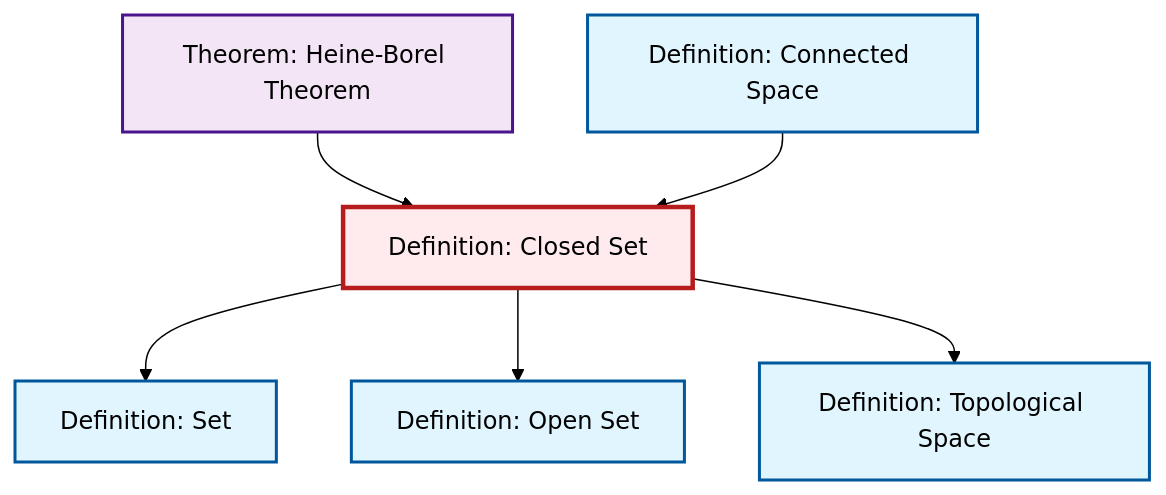
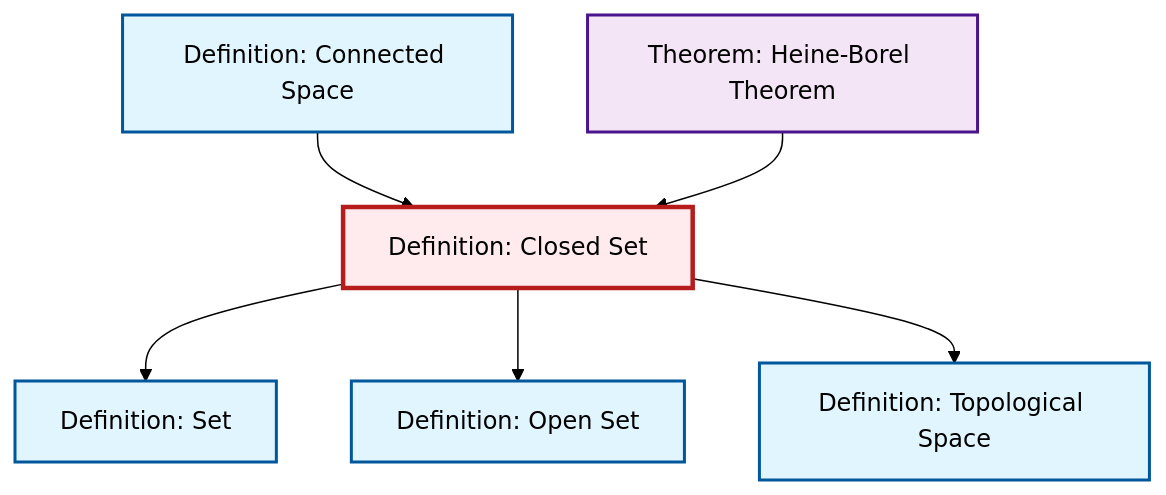
The diagram in content/ja/topology/def-closed-set.qmd (RK0429/ModernMath), drawn with Mermaid (forest theme) before and after one commit. The commit also changed other lines of this file and 530 other files, not shown here.

````diff
--- a/content/ja/topology/def-closed-set.qmd
+++ b/content/ja/topology/def-closed-set.qmd
@@ -45,26 +45,26 @@
 ```{mermaid}
 %%| fig-cap: "Local dependency graph"
 graph TD
     classDef definition fill:#e1f5fe,stroke:#01579b,stroke-width:2px
     classDef theorem fill:#f3e5f5,stroke:#4a148c,stroke-width:2px
     classDef axiom fill:#fff3e0,stroke:#e65100,stroke-width:2px
     classDef example fill:#e8f5e9,stroke:#1b5e20,stroke-width:2px
     classDef current fill:#ffebee,stroke:#b71c1c,stroke-width:3px
+    def-set["Definition: Set"]:::definition
+    def-topological-space["Definition: Topological Space"]:::definition
     def-open-set["Definition: Open Set"]:::definition
-    def-set["Definition: Set"]:::definition
-    thm-heine-borel["Theorem: Heine-Borel Theorem"]:::theorem
     def-closed-set["Definition: Closed Set"]:::definition
     def-connected["Definition: Connected Space"]:::definition
-    def-topological-space["Definition: Topological Space"]:::definition
+    thm-heine-borel["Theorem: Heine-Borel Theorem"]:::theorem
+    def-closed-set --> def-set
+    def-closed-set --> def-open-set
+    def-connected --> def-closed-set
     thm-heine-borel --> def-closed-set
-    def-closed-set --> def-set
-    def-connected --> def-closed-set
-    def-closed-set --> def-open-set
     def-closed-set --> def-topological-space
     class def-closed-set current
+    click def-set "def-set.html" "Definition: Setへ"
+    click def-topological-space "def-topological-space.html" "Definition: Topological Spaceへ"
     click def-open-set "def-open-set.html" "Definition: Open Setへ"
-    click def-set "def-set.html" "Definition: Setへ"
+    click def-connected "def-connected.html" "Definition: Connected Spaceへ"
     click thm-heine-borel "thm-heine-borel.html" "Theorem: Heine-Borel Theoremへ"
-    click def-connected "def-connected.html" "Definition: Connected Spaceへ"
-    click def-topological-space "def-topological-space.html" "Definition: Topological Spaceへ"
 ```
````
